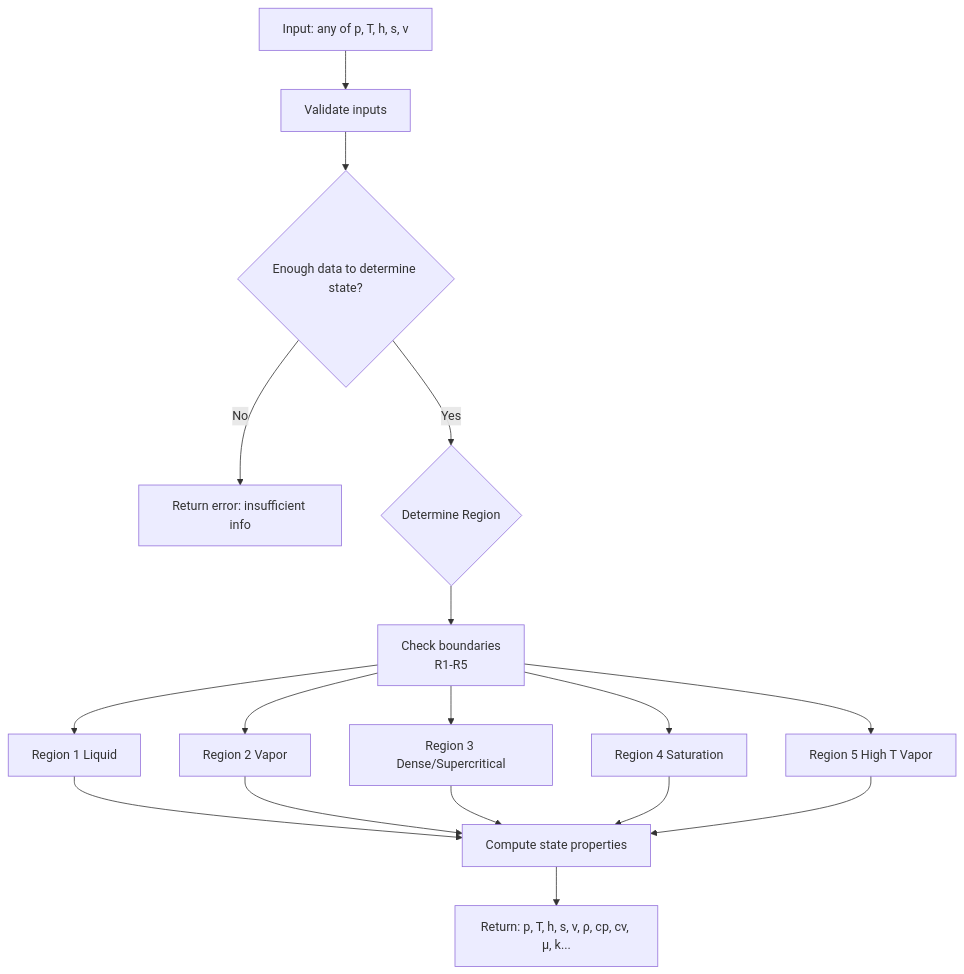
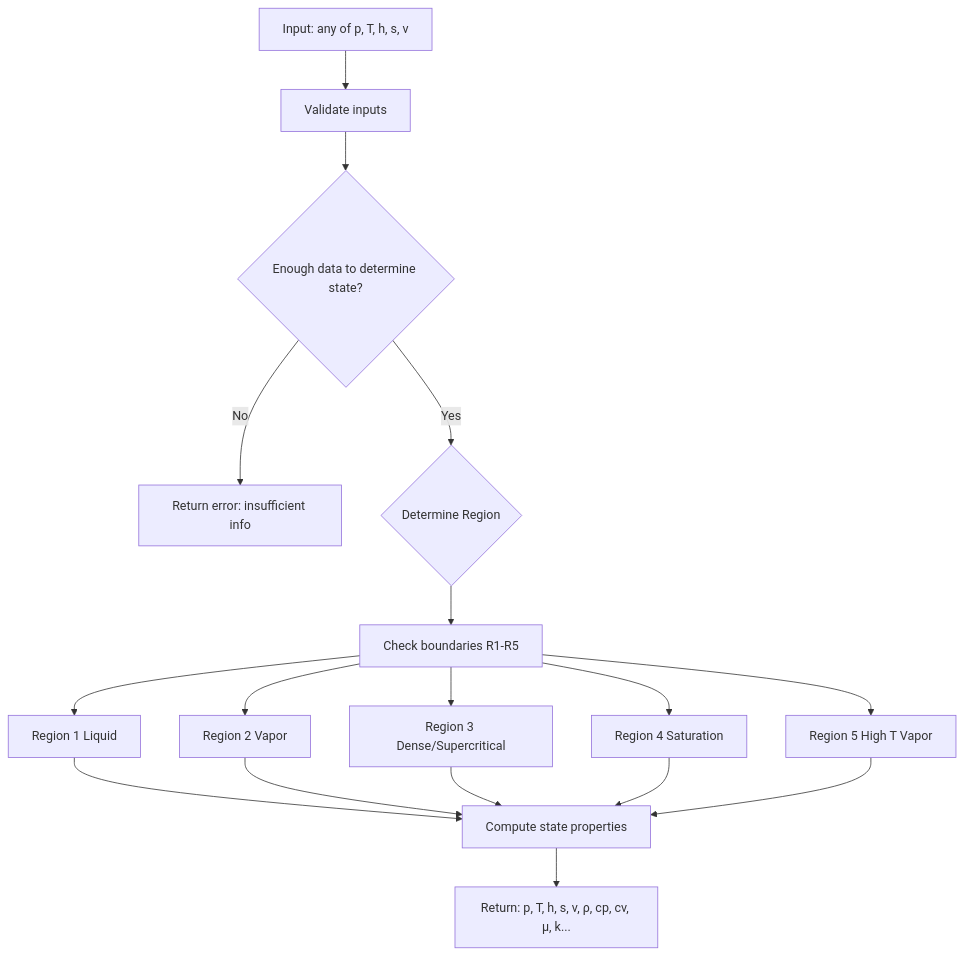
The diagram in README.md (addestromberg/steam-rust), drawn with Mermaid before and after one commit.

Commit message:
Refine boundary check description in README
Removed newline from boundary check description.

````diff
--- a/README.md
+++ b/README.md
@@ -10,26 +10,26 @@
 ```mermaid
 flowchart TD
 
     A[Input: any of p, T, h, s, v] --> B[Validate inputs]
     B --> C{Enough data to determine state?}
 
     C -- No --> Z[Return error: insufficient info]
 
     C -- Yes --> D{Determine Region}
     
-    D --> D1[Check boundaries\n R1-R5 ]
+    D --> D1[Check boundaries R1-R5 ]
     D1 --> R1[Region 1 Liquid]
     D1 --> R2[Region 2 Vapor]
     D1 --> R3[Region 3 Dense/Supercritical]
     D1 --> R4[Region 4 Saturation]
     D1 --> R5[Region 5 High T Vapor]
 
     %% Region calc
     R1 --> E[Compute state properties]
     R2 --> E
     R3 --> E
     R4 --> E
     R5 --> E
 
     E --> F[Return: p, T, h, s, v, ρ, cp, cv, μ, k...]
 ```
````
